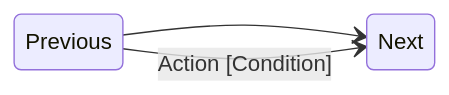
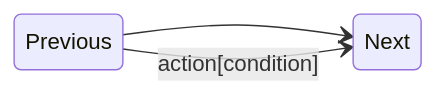
One commit to choesimin/choesimin.github.io changed the fifth of 6 diagrams in _notes/markdown/mermaid/state-diagram.md. Above: the diagram before and after it, drawn with Mermaid. The commit also changed other lines of this file, not shown here.

````diff
--- a/_notes/markdown/mermaid/state-diagram.md
+++ b/_notes/markdown/mermaid/state-diagram.md
@@ -155,7 +155,7 @@
 ```mermaid
 stateDiagram-v2
 direction LR
 
 Previous --> Next
-Previous --> Next : Action [Condition]
+Previous --> Next : action[condition]
 ```
````
